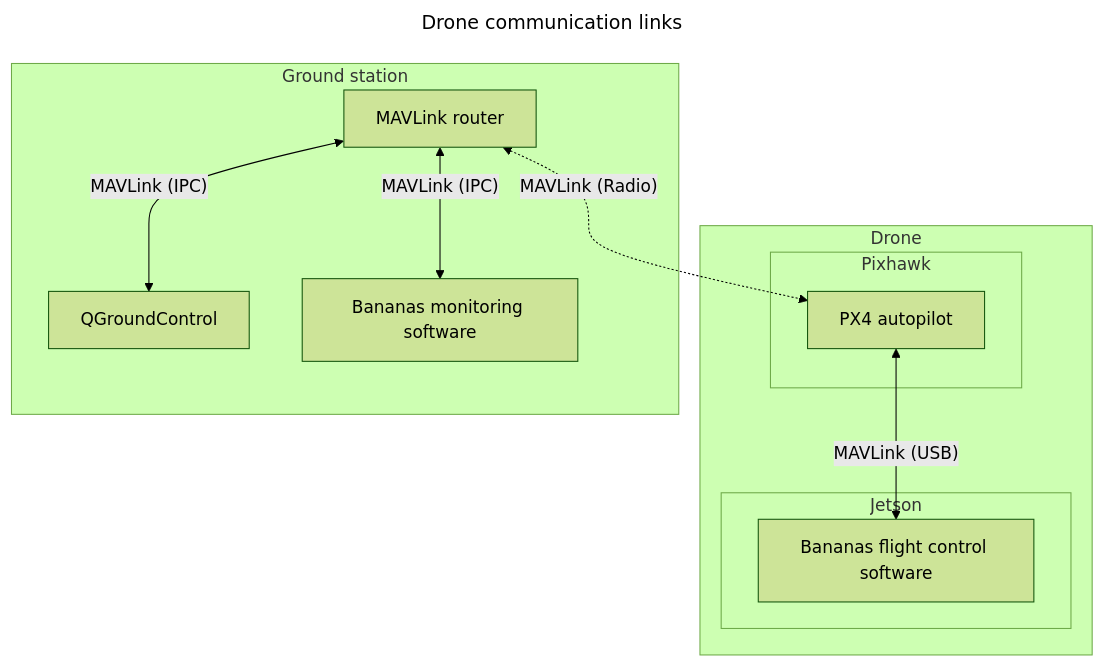
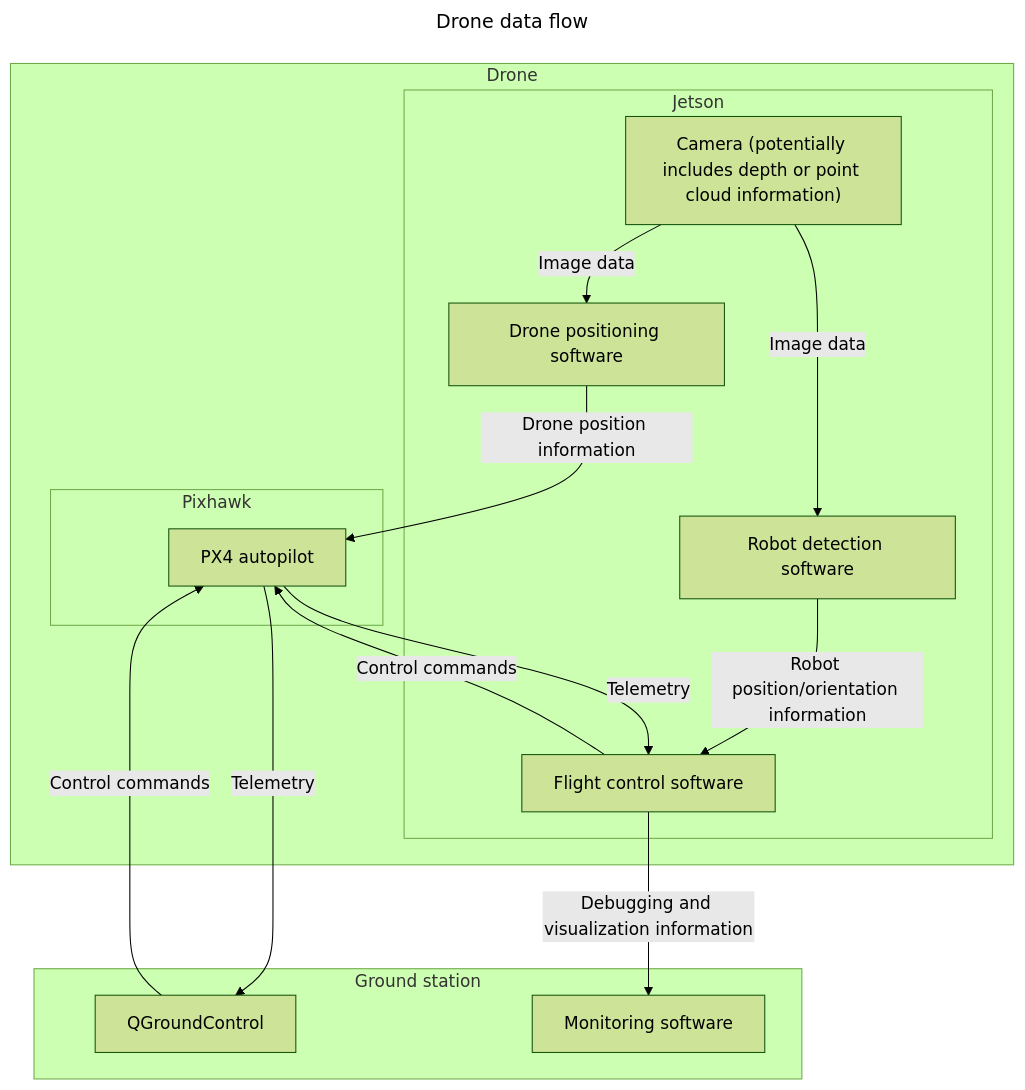
Before and after one commit to ttthi/bananas: the first of 3 diagrams in ARCHITECTURE.md, drawn with Mermaid (forest theme). The commit also changed other lines of this file, not shown here.

Commit message:
Expand writing on drone architecture

````diff
--- a/ARCHITECTURE.md
+++ b/ARCHITECTURE.md
@@ -18,26 +58,33 @@
 ```mermaid
 ---
-title: Drone communication links
+title: Drone data flow
 ---
 flowchart TB
     subgraph Drone
         subgraph Pixhawk
             px4[PX4 autopilot]
         end
         subgraph Jetson
-            control[Bananas flight control software]
+            control[Flight control software]
+            robotdetection[Robot detection software]
+            positioning[Drone positioning software]
+            camera["Camera (potentially includes depth or point cloud information)"]
+            camera-->|Image data|positioning
+            camera-->|Image data|robotdetection
+            positioning-->|Drone position information|px4
+            robotdetection-->|Robot position/orientation information|control
         end
 
-        px4<-->|"MAVLink (USB)"|control
+        control-->|Control commands|px4
+        px4-->|Telemetry|control
     end
 
     subgraph Ground station
-        proxy[MAVLink router]
         qgc[QGroundControl]
-        monitor[Bananas monitoring software]
+        monitor[Monitoring software]
+    end
 
-        proxy<-.->|"MAVLink (Radio)"|px4
-        proxy<-->|"MAVLink (IPC)"|qgc
-        proxy<-->|"MAVLink (IPC)"|monitor
-    end
+    px4-->|Telemetry|qgc
+    qgc-->|Control commands|px4
+    control-->|Debugging and visualization information|monitor
 ```
````
